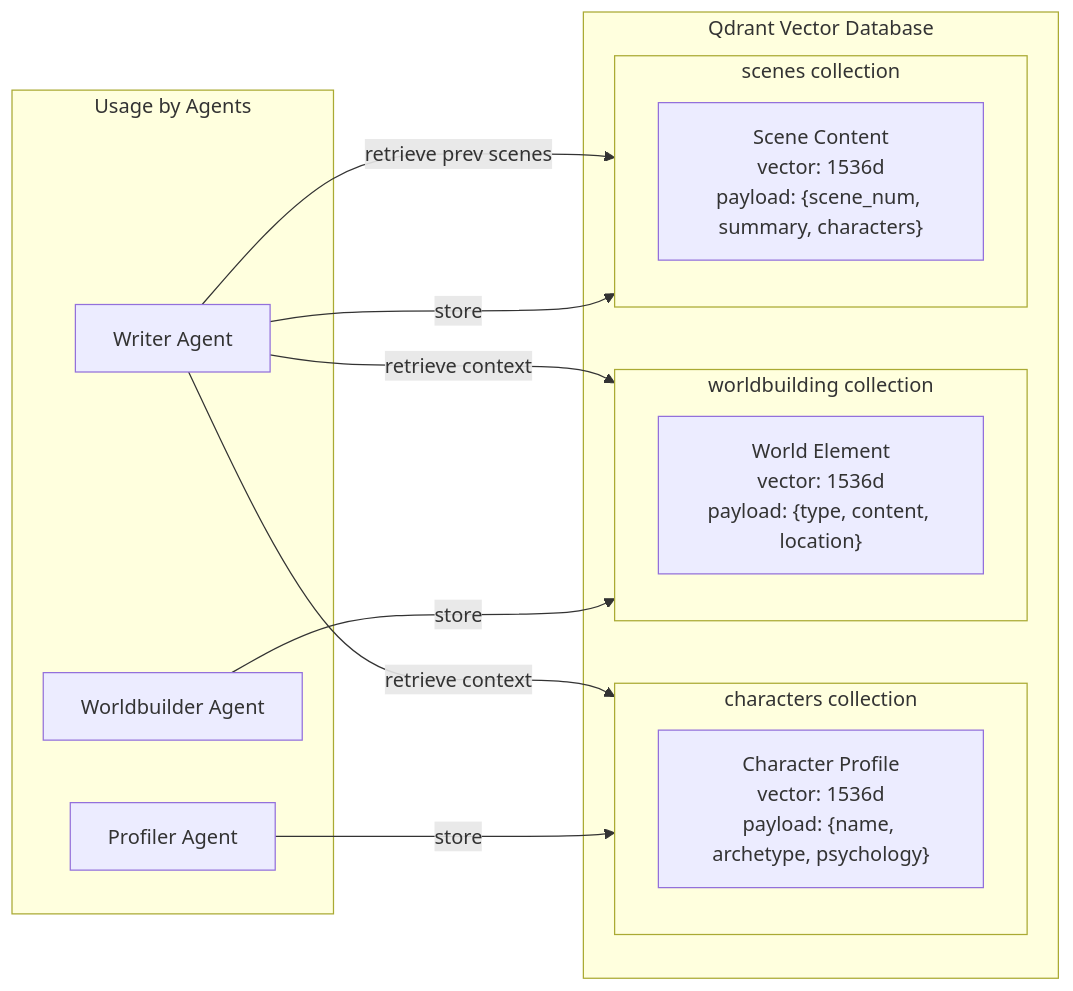
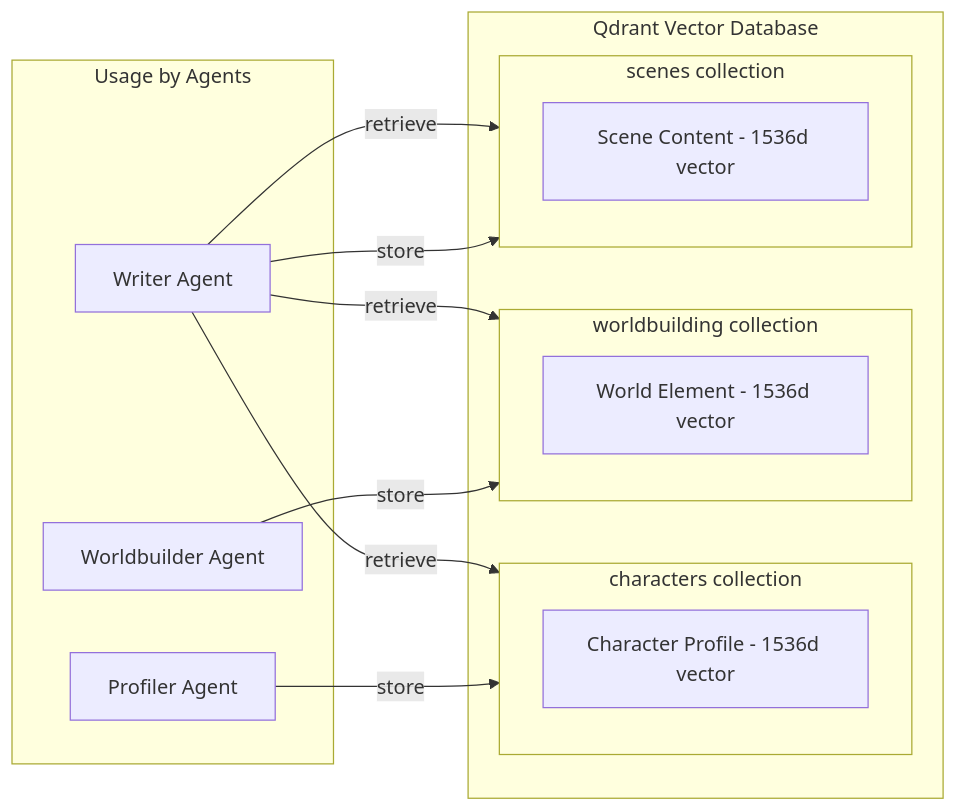
Before and after one commit to IShalkin/manoe: the sixth of 9 diagrams in README.md, drawn with Mermaid. The commit also changed other lines of this file, not shown here.

First line of the commit message:
fix: Remove HTML br tags from Mermaid diagrams for GitHub compatibility

````diff
--- a/README.md
+++ b/README.md
@@ -342,30 +342,30 @@
 ```mermaid
 flowchart LR
     subgraph Qdrant["Qdrant Vector Database"]
         subgraph Characters["characters collection"]
-            C1["Character Profile<br/>vector: 1536d<br/>payload: {name, archetype, psychology}"]
+            C1["Character Profile - 1536d vector"]
         end
         
         subgraph World["worldbuilding collection"]
-            W1["World Element<br/>vector: 1536d<br/>payload: {type, content, location}"]
+            W1["World Element - 1536d vector"]
         end
         
         subgraph Scenes["scenes collection"]
-            S1["Scene Content<br/>vector: 1536d<br/>payload: {scene_num, summary, characters}"]
+            S1["Scene Content - 1536d vector"]
         end
     end
     
     subgraph Usage["Usage by Agents"]
         Writer["Writer Agent"]
         Profiler["Profiler Agent"]
         Worldbuilder["Worldbuilder Agent"]
     end
     
-    Profiler -->|"store"| Characters
-    Worldbuilder -->|"store"| World
-    Writer -->|"store"| Scenes
+    Profiler -->|store| Characters
+    Worldbuilder -->|store| World
+    Writer -->|store| Scenes
     
-    Writer -->|"retrieve context"| Characters
-    Writer -->|"retrieve context"| World
-    Writer -->|"retrieve prev scenes"| Scenes
+    Writer -->|retrieve| Characters
+    Writer -->|retrieve| World
+    Writer -->|retrieve| Scenes
 ```
````
